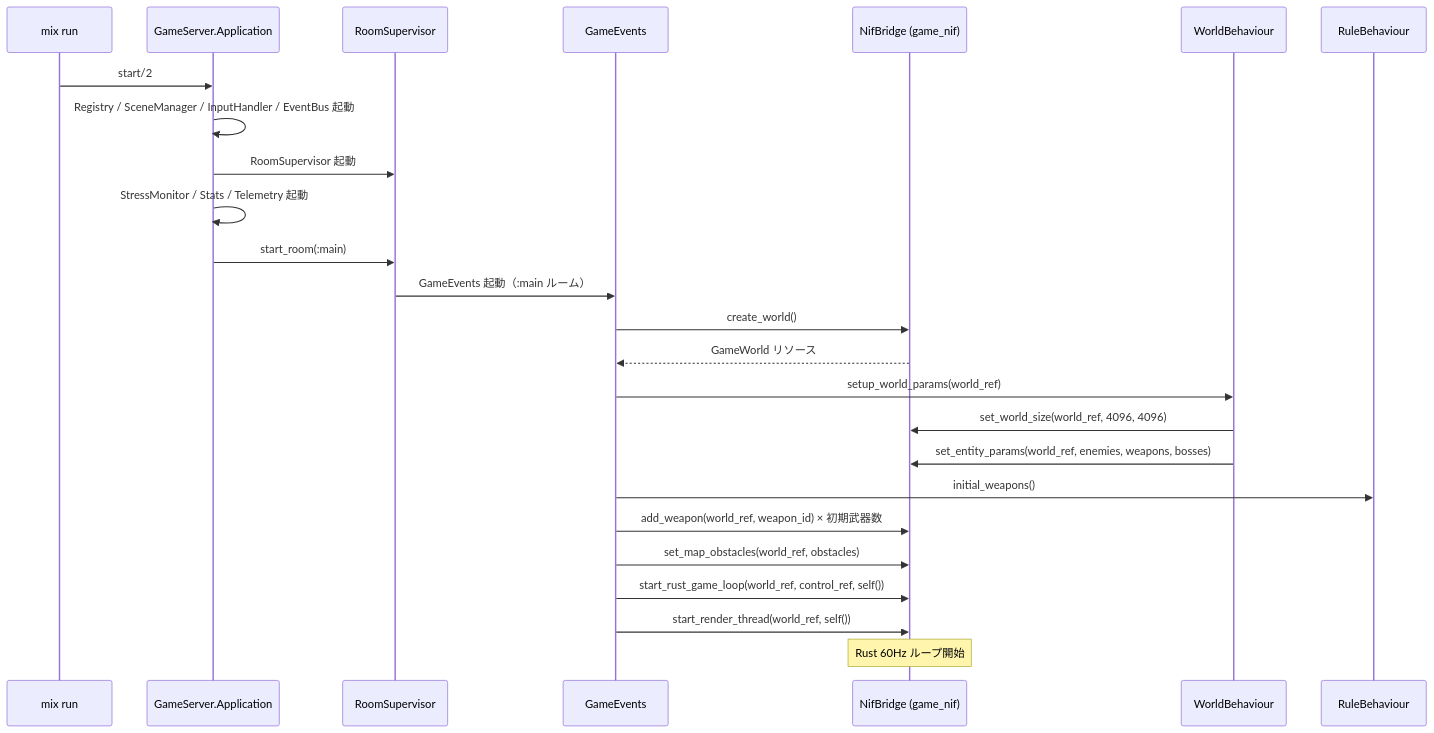
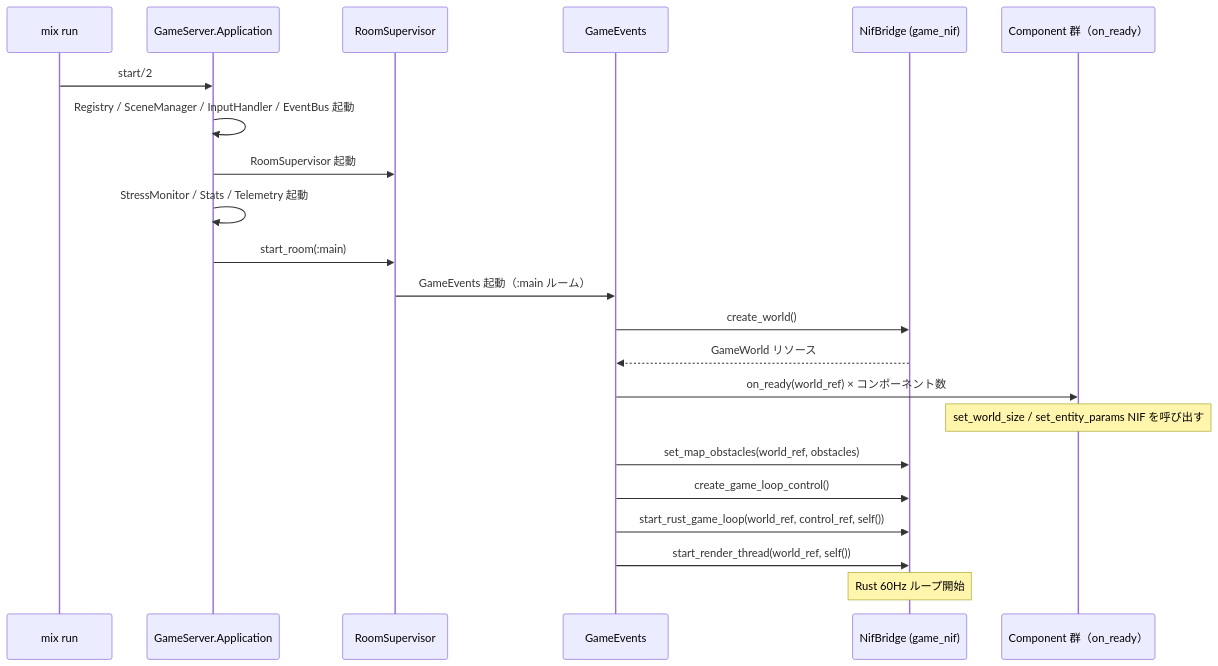
One commit to FRICK-ELDY/alchemy-engine changed the first of 12 diagrams in docs/data-flow.md. Above: the diagram before and after it, drawn with Mermaid. The commit also changed other lines of this file and 4 other files, not shown here.

First line of the commit message:
docs: ContentBehaviour/Component 設計への移行を全ドキュメントに反映

````diff
--- a/docs/data-flow.md
+++ b/docs/data-flow.md
@@ -11,28 +11,25 @@
 ```mermaid
 sequenceDiagram
     participant MX as mix run
     participant APP as GameServer.Application
     participant RS as RoomSupervisor
     participant GEV as GameEvents
     participant NIF as NifBridge (game_nif)
-    participant WB as WorldBehaviour
-    participant RB as RuleBehaviour
+    participant COMP as Component 群（on_ready）
 
     MX->>APP: start/2
     APP->>APP: Registry / SceneManager / InputHandler / EventBus 起動
     APP->>RS: RoomSupervisor 起動
     APP->>APP: StressMonitor / Stats / Telemetry 起動
     APP->>RS: start_room(:main)
     RS->>GEV: GameEvents 起動（:main ルーム）
     GEV->>NIF: create_world()
     NIF-->>GEV: GameWorld リソース
-    GEV->>WB: setup_world_params(world_ref)
-    WB->>NIF: set_world_size(world_ref, 4096, 4096)
-    WB->>NIF: set_entity_params(world_ref, enemies, weapons, bosses)
-    GEV->>RB: initial_weapons()
-    GEV->>NIF: add_weapon(world_ref, weapon_id) × 初期武器数
+    GEV->>COMP: on_ready(world_ref) × コンポーネント数
+    Note over COMP: set_world_size / set_entity_params NIF を呼び出す
     GEV->>NIF: set_map_obstacles(world_ref, obstacles)
+    GEV->>NIF: create_game_loop_control()
     GEV->>NIF: start_rust_game_loop(world_ref, control_ref, self())
     GEV->>NIF: start_render_thread(world_ref, self())
     Note over NIF: Rust 60Hz ループ開始
 ```
````
